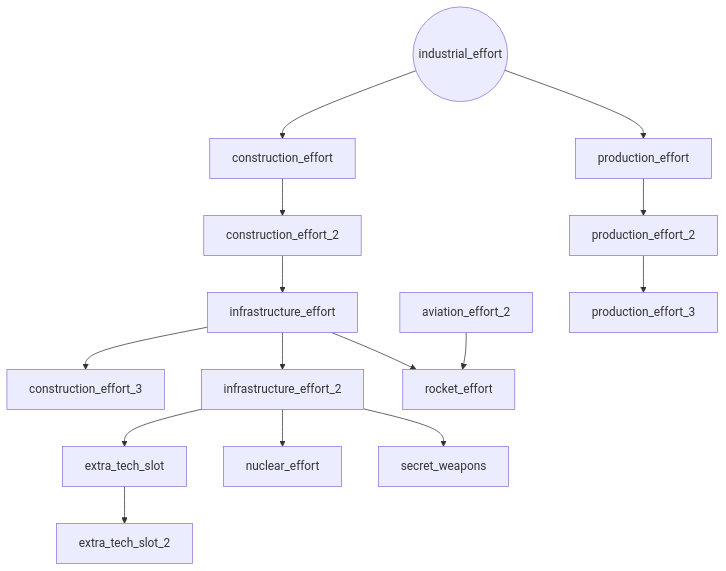
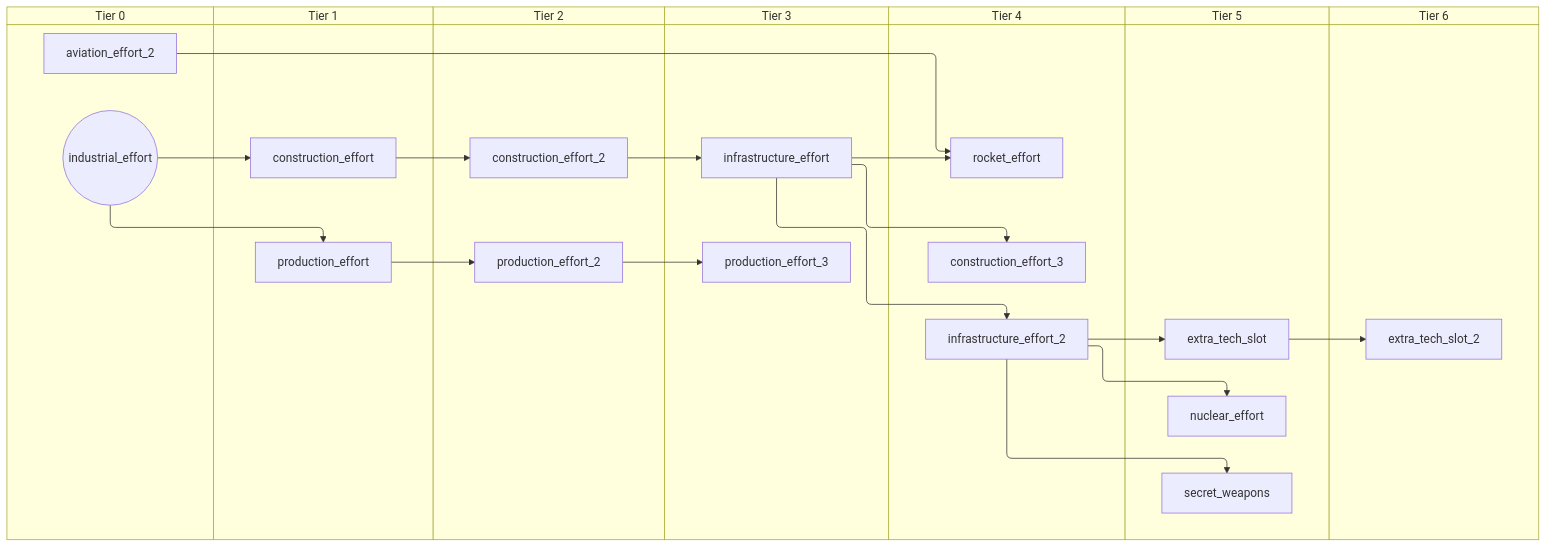
The third of 5 diagrams in docs/gdd/National Focuses/generic.md (evgeny-sobol/hoi4-sandbox-mode), drawn with Mermaid before and after one commit. The commit also changed other lines of this file and 80 other files, not shown here.

First line of the commit message:
Add swimlane mode to focus graph exporter

````diff
--- a/docs/gdd/National Focuses/generic.md
+++ b/docs/gdd/National Focuses/generic.md
@@ -61,32 +79,46 @@
 ```mermaid
-flowchart TD
-    n4["aviation_effort_2"]
-    n20["construction_effort"]
-    n21["construction_effort_2"]
-    n22["construction_effort_3"]
-    n23["extra_tech_slot"]
-    n24["extra_tech_slot_2"]
-    n25(("industrial_effort"))
-    n18["infrastructure_effort"]
-    n26["infrastructure_effort_2"]
-    n27["nuclear_effort"]
-    n28["production_effort"]
-    n29["production_effort_2"]
-    n30["production_effort_3"]
-    n19["rocket_effort"]
-    n31["secret_weapons"]
-    n25 --> n20
+swimlane-beta TD
+    subgraph tier_0["Tier 0"]
+        n2["aviation_effort_2"]
+        n20(("industrial_effort"))
+    end
+    subgraph tier_1["Tier 1"]
+        n21["construction_effort"]
+        n22["production_effort"]
+    end
+    subgraph tier_2["Tier 2"]
+        n23["construction_effort_2"]
+        n24["production_effort_2"]
+    end
+    subgraph tier_3["Tier 3"]
+        n15["infrastructure_effort"]
+        n25["production_effort_3"]
+    end
+    subgraph tier_4["Tier 4"]
+        n26["construction_effort_3"]
+        n27["infrastructure_effort_2"]
+        n19["rocket_effort"]
+    end
+    subgraph tier_5["Tier 5"]
+        n28["extra_tech_slot"]
+        n29["nuclear_effort"]
+        n30["secret_weapons"]
+    end
+    subgraph tier_6["Tier 6"]
+        n31["extra_tech_slot_2"]
+    end
     n20 --> n21
-    n18 --> n22
-    n26 --> n23
-    n23 --> n24
-    n21 --> n18
-    n18 --> n26
-    n26 --> n27
-    n25 --> n28
-    n28 --> n29
-    n29 --> n30
-    n4 --> n19
-    n18 --> n19
-    n26 --> n31
+    n21 --> n23
+    n15 --> n26
+    n27 --> n28
+    n28 --> n31
+    n23 --> n15
+    n15 --> n27
+    n27 --> n29
+    n20 --> n22
+    n22 --> n24
+    n24 --> n25
+    n2 --> n19
+    n15 --> n19
+    n27 --> n30
 ```
````
